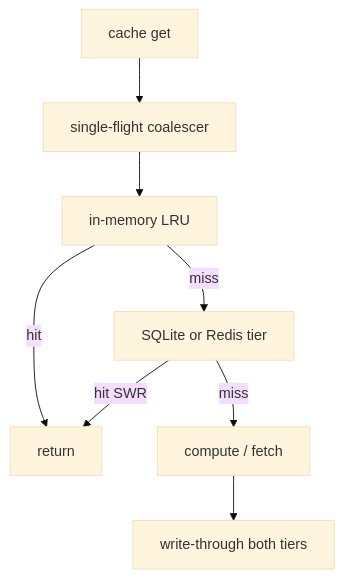
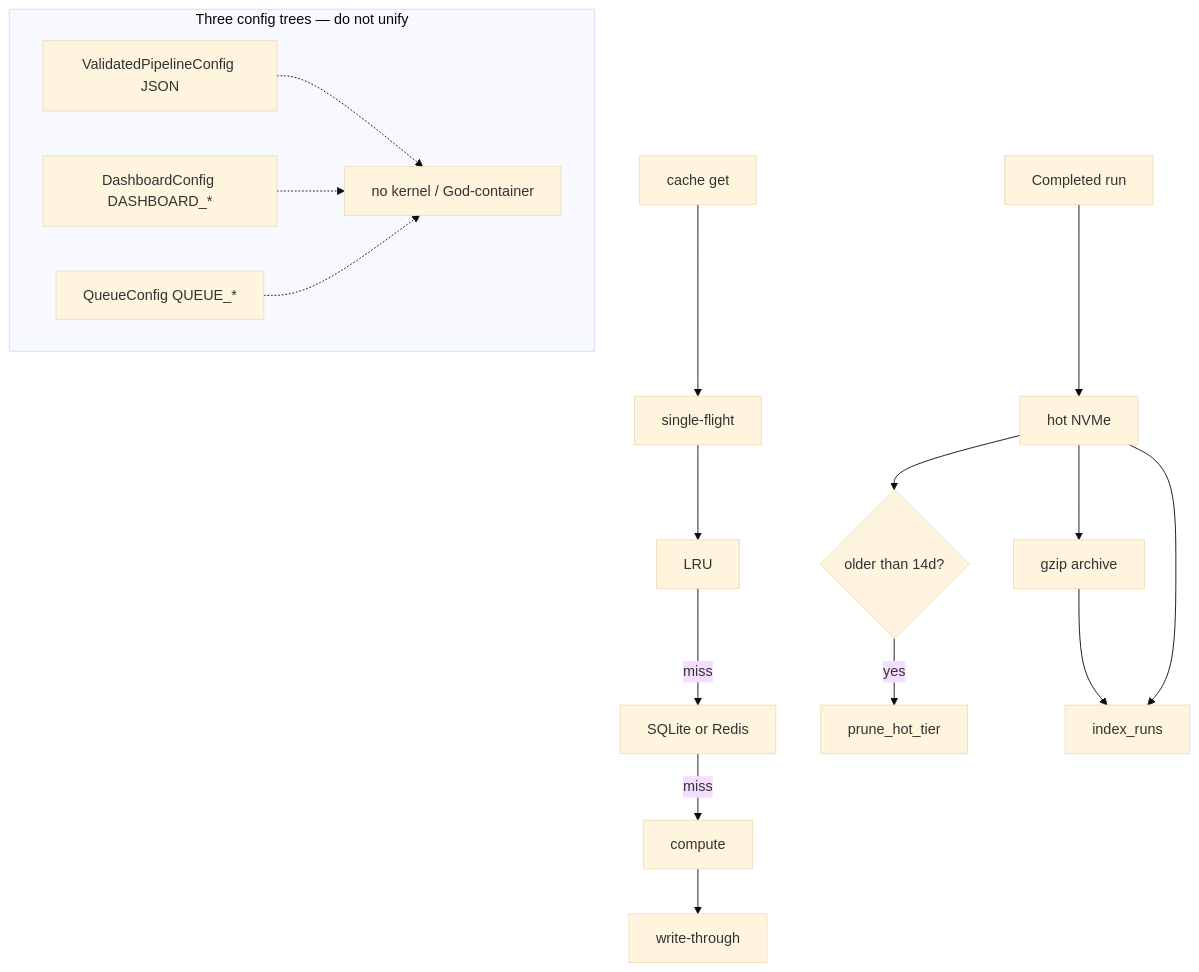
One commit to AviralGup7/Singularity-Zero changed diagram 12 of 12 in docs/flowchart.md. Above: the diagram before and after it, drawn with Mermaid (base theme). The commit also changed other lines of this file and 1 other file, not shown here.

First line of the commit message:
docs(flowchart): merge overlapping per-doc charts into survivor graphs

````diff
--- a/docs/flowchart.md
+++ b/docs/flowchart.md
@@ -582,10 +485,22 @@
 ```mermaid
 flowchart TD
-    Call["cache get"] --> SF["single-flight coalescer"]
-    SF --> Mem["in-memory LRU"]
-    Mem -->|hit| Ret["return"]
-    Mem -->|miss| Persist["SQLite or Redis tier"]
-    Persist -->|hit SWR| Ret
-    Persist -->|miss| Origin["compute / fetch"]
-    Origin --> Write["write-through both tiers"]
+    subgraph Config["Three config trees — do not unify"]
+        ScanCfg["ValidatedPipelineConfig JSON"]
+        DashCfg["DashboardConfig DASHBOARD_*"]
+        QueueCfg["QueueConfig QUEUE_*"]
+        ScanCfg -.-> NoGod["no kernel / God-container"]
+        DashCfg -.-> NoGod
+        QueueCfg -.-> NoGod
+    end
+    Call["cache get"] --> SF["single-flight"]
+    SF --> Mem["LRU"]
+    Mem -->|miss| Persist["SQLite or Redis"]
+    Persist -->|miss| Origin["compute"]
+    Origin --> Write["write-through"]
+    Done["Completed run"] --> Hot["hot NVMe"]
+    Hot --> Arch["gzip archive"]
+    Hot --> Prune{"older than 14d?"}
+    Prune -->|yes| Drop["prune_hot_tier"]
+    Arch --> Index["index_runs"]
+    Hot --> Index
 ```
````
